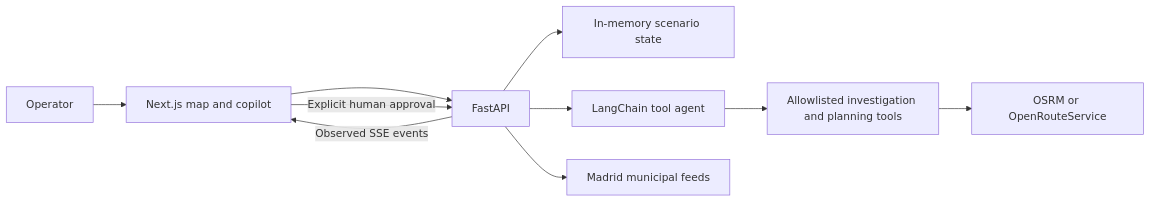
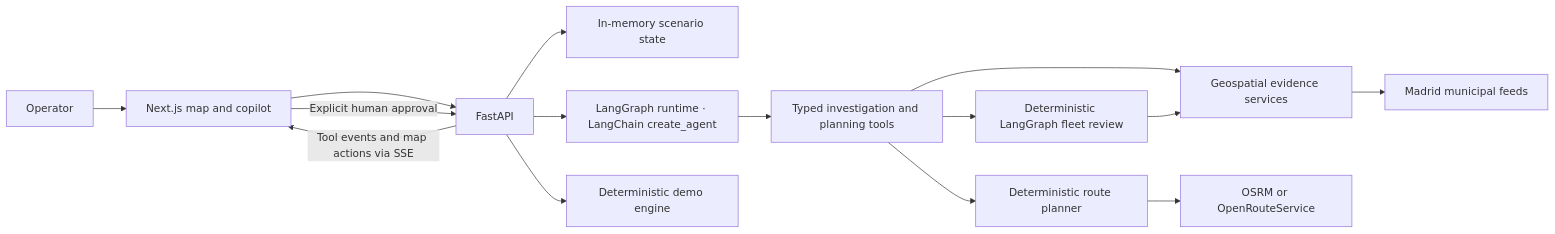
The diagram in docs/architecture.md (alexgomezz9/curbops-ai), drawn with Mermaid before and after one commit. The commit also changed 4 other files, not shown here.

Commit message:
Show a Madrid incident investigation in the README

````diff
--- a/docs/architecture.md
+++ b/docs/architecture.md
@@ -5,12 +5,17 @@
 ```mermaid
 flowchart LR
     Operator --> Web[Next.js map and copilot]
     Web --> API[FastAPI]
     API --> Store[In-memory scenario state]
-    API --> Agent[LangChain tool agent]
-    Agent --> Tools[Allowlisted investigation and planning tools]
-    Tools --> Roads[OSRM or OpenRouteService]
-    API --> Madrid[Madrid municipal feeds]
-    API -->|Observed SSE events| Web
+    API --> Agent["LangGraph runtime · LangChain create_agent"]
+    API --> Demo[Deterministic demo engine]
+    Agent --> Tools[Typed investigation and planning tools]
+    Tools --> Evidence[Geospatial evidence services]
+    Tools --> FleetGraph[Deterministic LangGraph fleet review]
+    FleetGraph --> Evidence
+    Evidence --> Madrid[Madrid municipal feeds]
+    Tools --> Planner[Deterministic route planner]
+    Planner --> Roads[OSRM or OpenRouteService]
+    API -->|Tool events and map actions via SSE| Web
     Web -->|Explicit human approval| API
 ```
````
